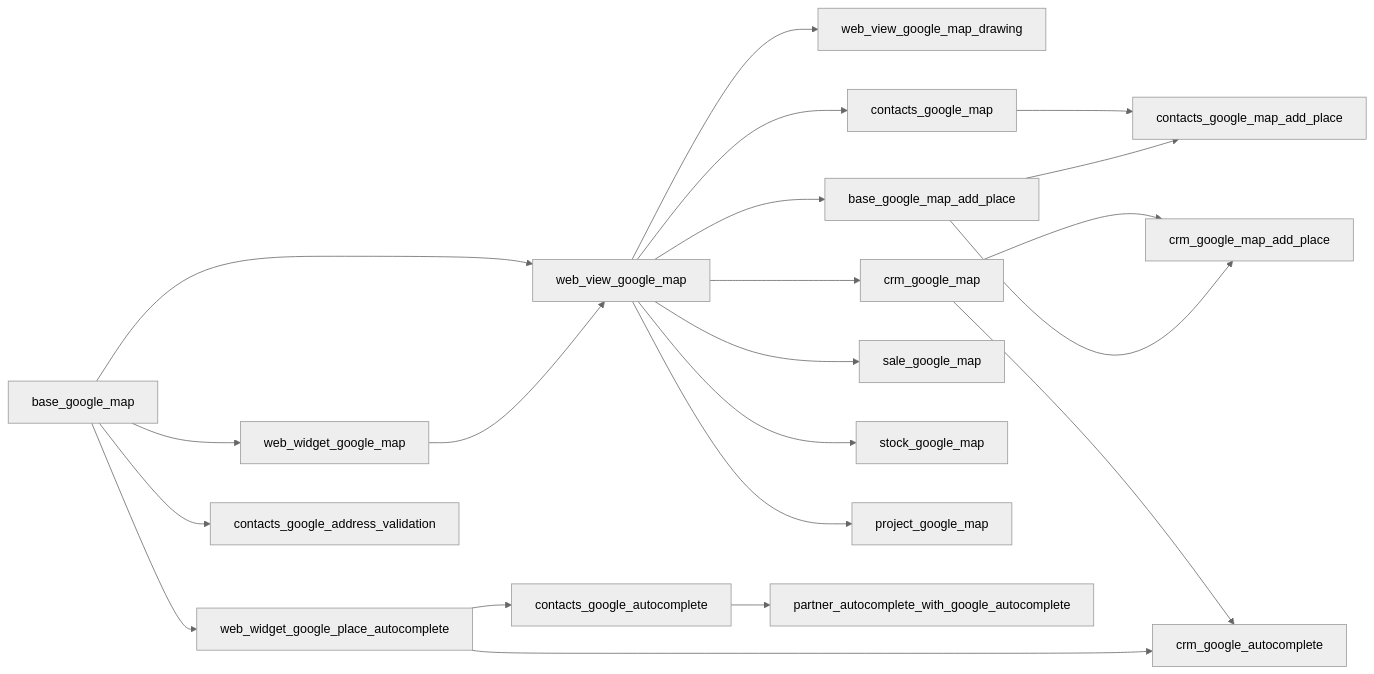
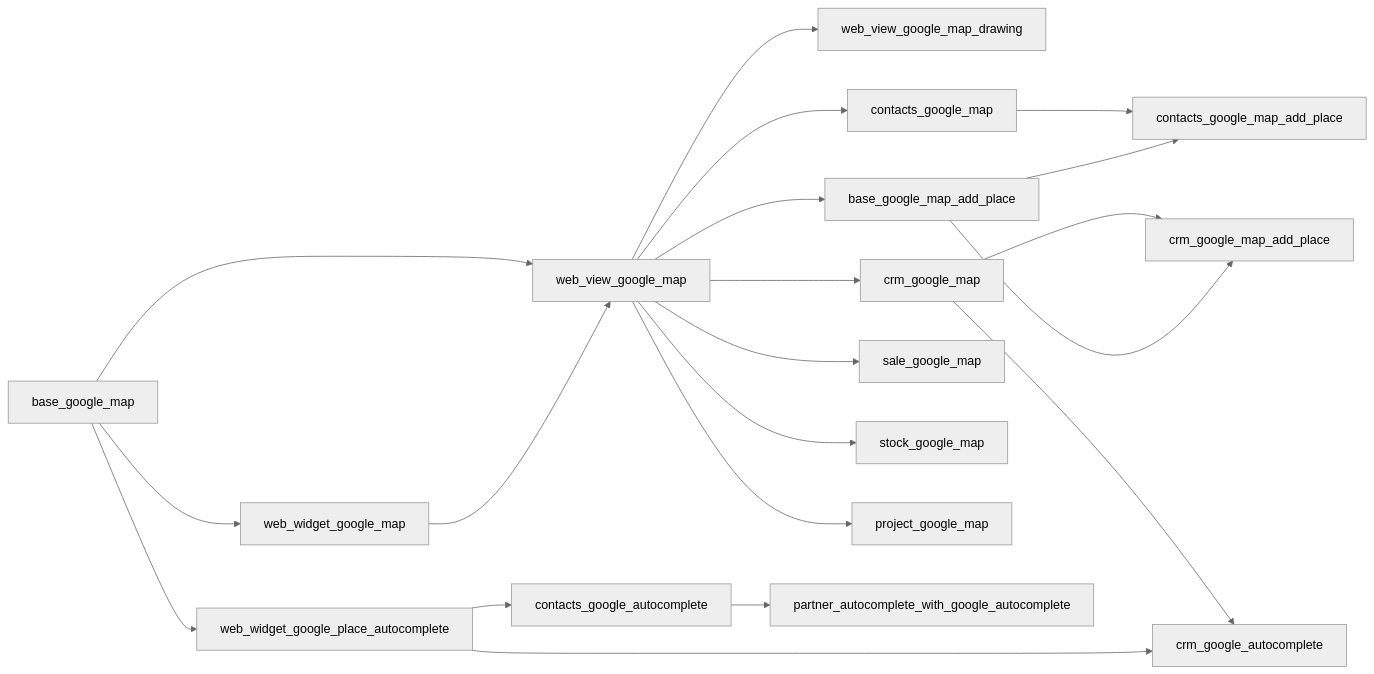
The diagram in README.md (mithnusa/odoo-google-maps), drawn with Mermaid (neutral theme) before and after one commit. The commit also changed other lines of this file and 18 other files, not shown here.

Commit message:
[REM] contacts_google_address_validation: remove module (#186)

````diff
--- a/README.md
+++ b/README.md
@@ -56,31 +55,30 @@
 ```mermaid
 graph LR
     base_google_map --> web_widget_google_map
     base_google_map --> web_widget_google_place_autocomplete
 
     web_widget_google_map --> web_view_google_map
     base_google_map --> web_view_google_map
 
     web_view_google_map --> web_view_google_map_drawing
     web_view_google_map --> base_google_map_add_place
     web_view_google_map --> contacts_google_map
     web_view_google_map --> crm_google_map
     web_view_google_map --> sale_google_map
     web_view_google_map --> stock_google_map
     web_view_google_map --> project_google_map
 
     web_widget_google_place_autocomplete --> contacts_google_autocomplete
     web_widget_google_place_autocomplete --> crm_google_autocomplete
 
     crm_google_map --> crm_google_autocomplete
 
     contacts_google_autocomplete --> partner_autocomplete_with_google_autocomplete
 
     base_google_map_add_place --> contacts_google_map_add_place
     base_google_map_add_place --> crm_google_map_add_place
 
     contacts_google_map --> contacts_google_map_add_place
     crm_google_map --> crm_google_map_add_place
 
-    base_google_map --> contacts_google_address_validation
 ```
````
